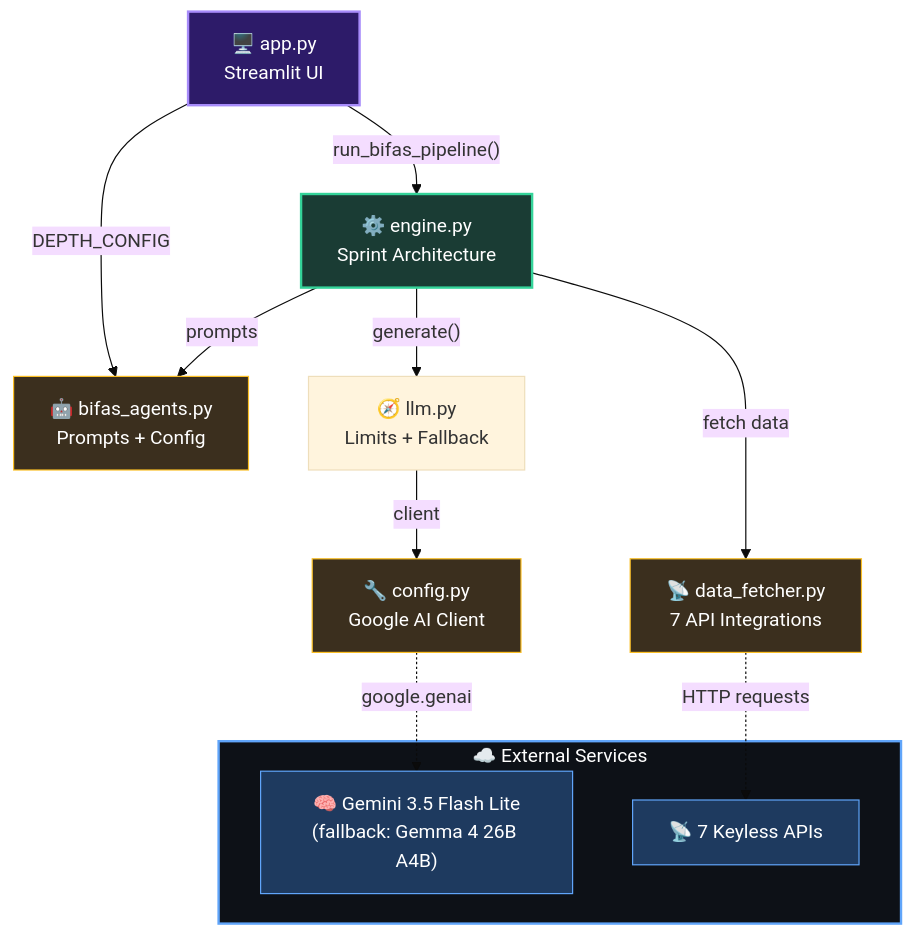
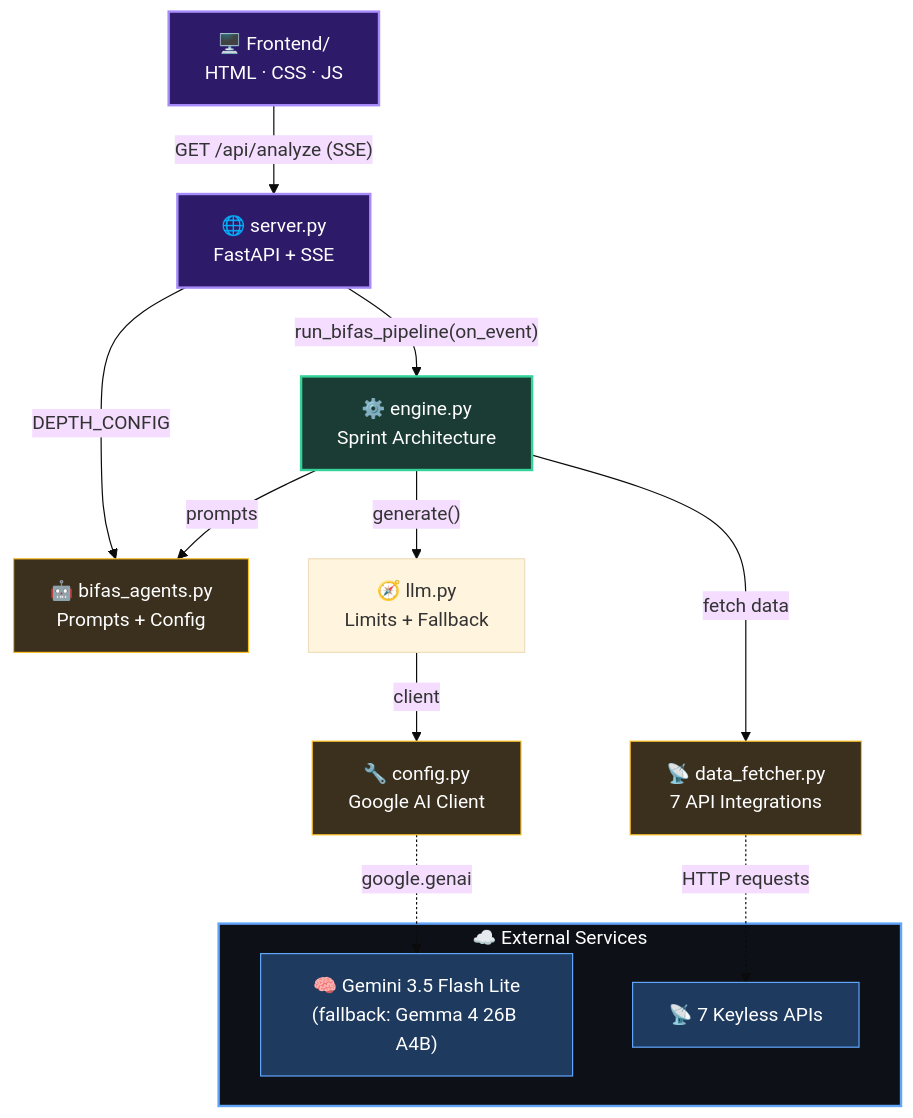
One commit to p04pranav/BIFAS changed the third of 3 diagrams in README.md. Above: the diagram before and after it, drawn with Mermaid (base theme). The commit also changed other lines of this file and 1 other file, not shown here.

First line of the commit message:
docs: update README for Backend/Frontend layout

````diff
--- a/README.md
+++ b/README.md
@@ -176,32 +177,35 @@
 ```mermaid
 graph TD
-    APP["🖥️ app.py<br/>Streamlit UI"]
+    UI["🖥️ Frontend/<br/>HTML · CSS · JS"]
+    APP["🌐 server.py<br/>FastAPI + SSE"]
     ENG["⚙️ engine.py<br/>Sprint Architecture"]
     AGT["🤖 bifas_agents.py<br/>Prompts + Config"]
     DAT["📡 data_fetcher.py<br/>7 API Integrations"]
     CFG["🔧 config.py<br/>Google AI Client"]
 
-    APP -->|"run_bifas_pipeline()"| ENG
+    UI -->|"GET /api/analyze (SSE)"| APP
+    APP -->|"run_bifas_pipeline(on_event)"| ENG
     APP -->|"DEPTH_CONFIG"| AGT
     ENG -->|"prompts"| AGT
     ENG -->|"fetch data"| DAT
     ENG -->|"generate()"| LLM["🧭 llm.py<br/>Limits + Fallback"]
     LLM -->|"client"| CFG
 
     subgraph External["☁️ External Services"]
         GEMMA["🧠 Gemini 3.5 Flash Lite<br/>(fallback: Gemma 4 26B A4B)"]
         APIS["📡 7 Keyless APIs"]
     end
 
     CFG -.->|"google.genai"| GEMMA
     DAT -.->|"HTTP requests"| APIS
 
+    style UI fill:#2d1b69,stroke:#a78bfa,stroke-width:2px,color:#fff
     style APP fill:#2d1b69,stroke:#a78bfa,stroke-width:2px,color:#fff
     style ENG fill:#1a3c34,stroke:#34d399,stroke-width:2px,color:#fff
     style AGT fill:#3b2f1e,stroke:#fbbf24,stroke-width:1px,color:#fff
     style DAT fill:#3b2f1e,stroke:#fbbf24,stroke-width:1px,color:#fff
     style CFG fill:#3b2f1e,stroke:#fbbf24,stroke-width:1px,color:#fff
     style External fill:#0d1117,stroke:#60a5fa,stroke-width:2px,color:#fff
     style GEMMA fill:#1e3a5f,stroke:#60a5fa,stroke-width:1px,color:#fff
     style APIS fill:#1e3a5f,stroke:#60a5fa,stroke-width:1px,color:#fff
 ```
````
